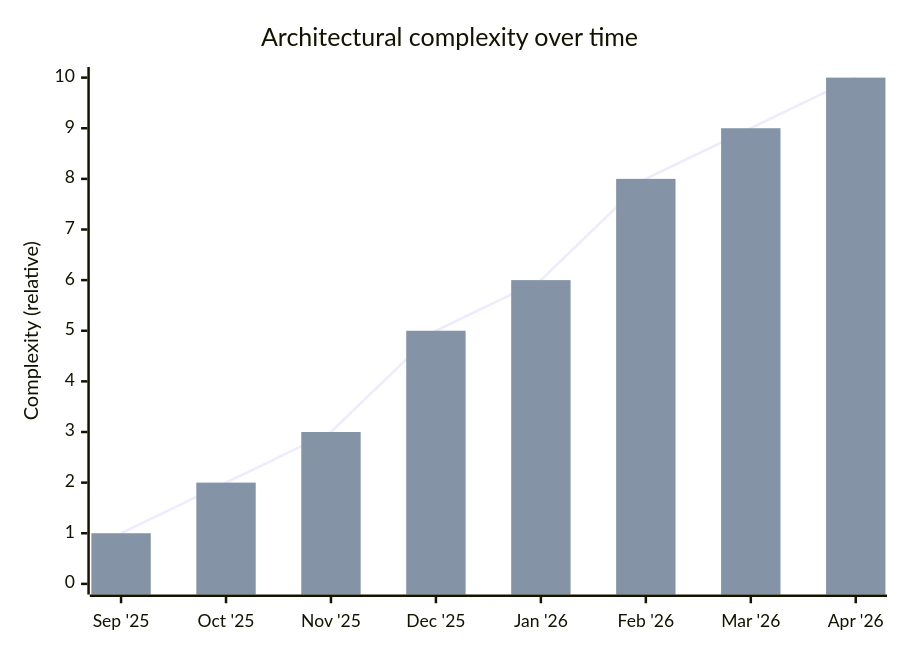
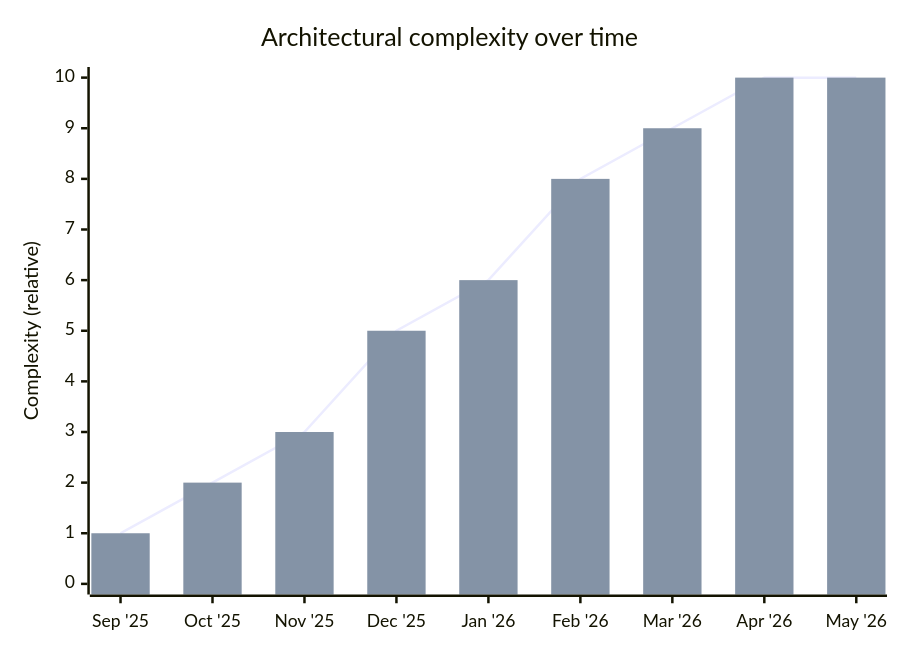
Before and after one commit to BenoitGoethals/WarriorFit: the second of 3 diagrams in Readme.md, drawn with Mermaid. The commit also changed other lines of this file and 1 other file, not shown here.

````diff
--- a/Readme.md
+++ b/Readme.md
@@ -130,8 +139,8 @@
 ```mermaid
 xychart-beta
     title "Architectural complexity over time"
-    x-axis ["Sep '25", "Oct '25", "Nov '25", "Dec '25", "Jan '26", "Feb '26", "Mar '26", "Apr '26"]
+    x-axis ["Sep '25", "Oct '25", "Nov '25", "Dec '25", "Jan '26", "Feb '26", "Mar '26", "Apr '26", "May '26"]
     y-axis "Complexity (relative)" 0 --> 10
-    line [1, 2, 3, 5, 6, 8, 9, 10]
-    bar  [1, 2, 3, 5, 6, 8, 9, 10]
+    line [1, 2, 3, 5, 6, 8, 9, 10, 10]
+    bar  [1, 2, 3, 5, 6, 8, 9, 10, 10]
 ```
````
